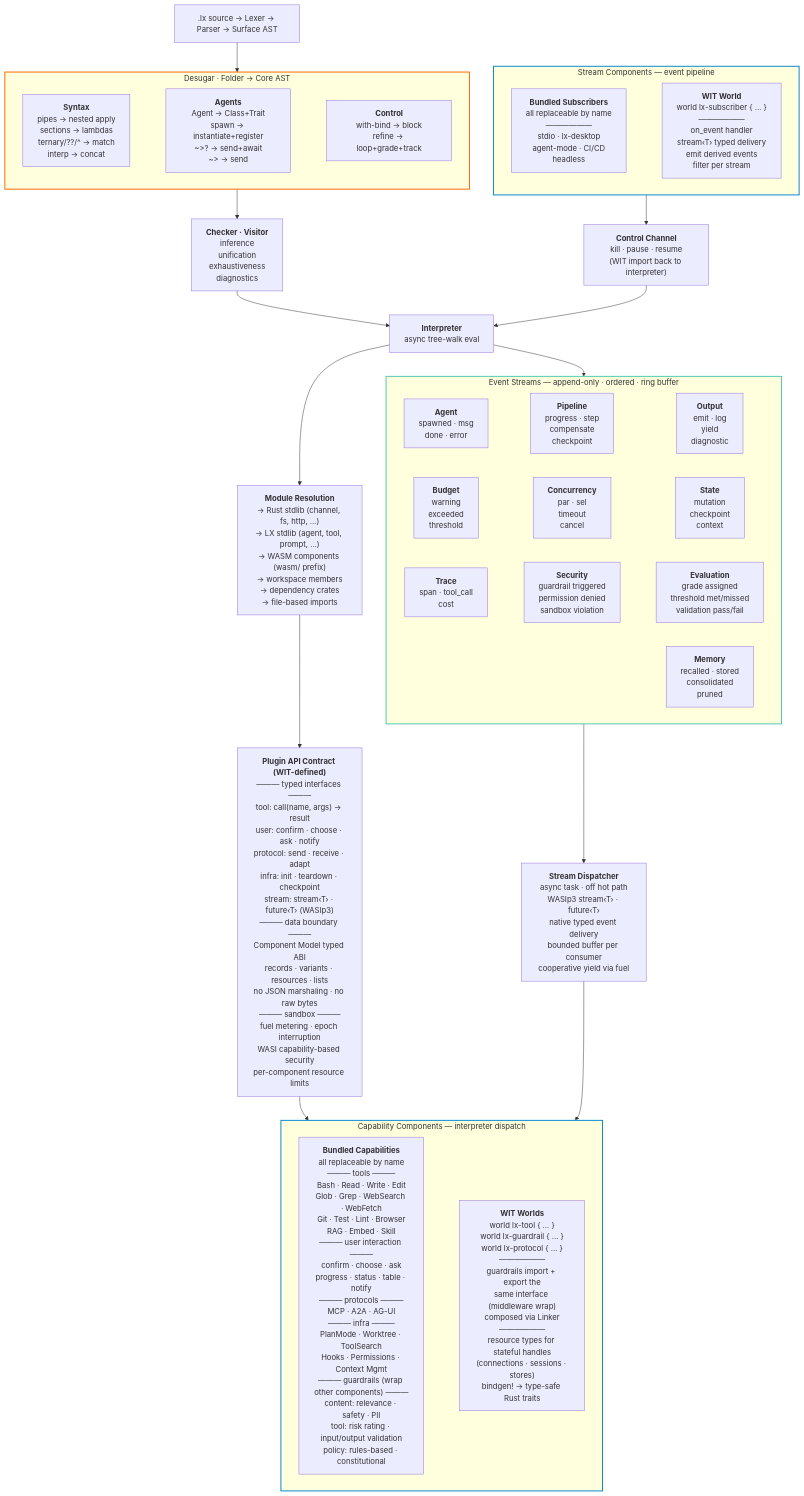
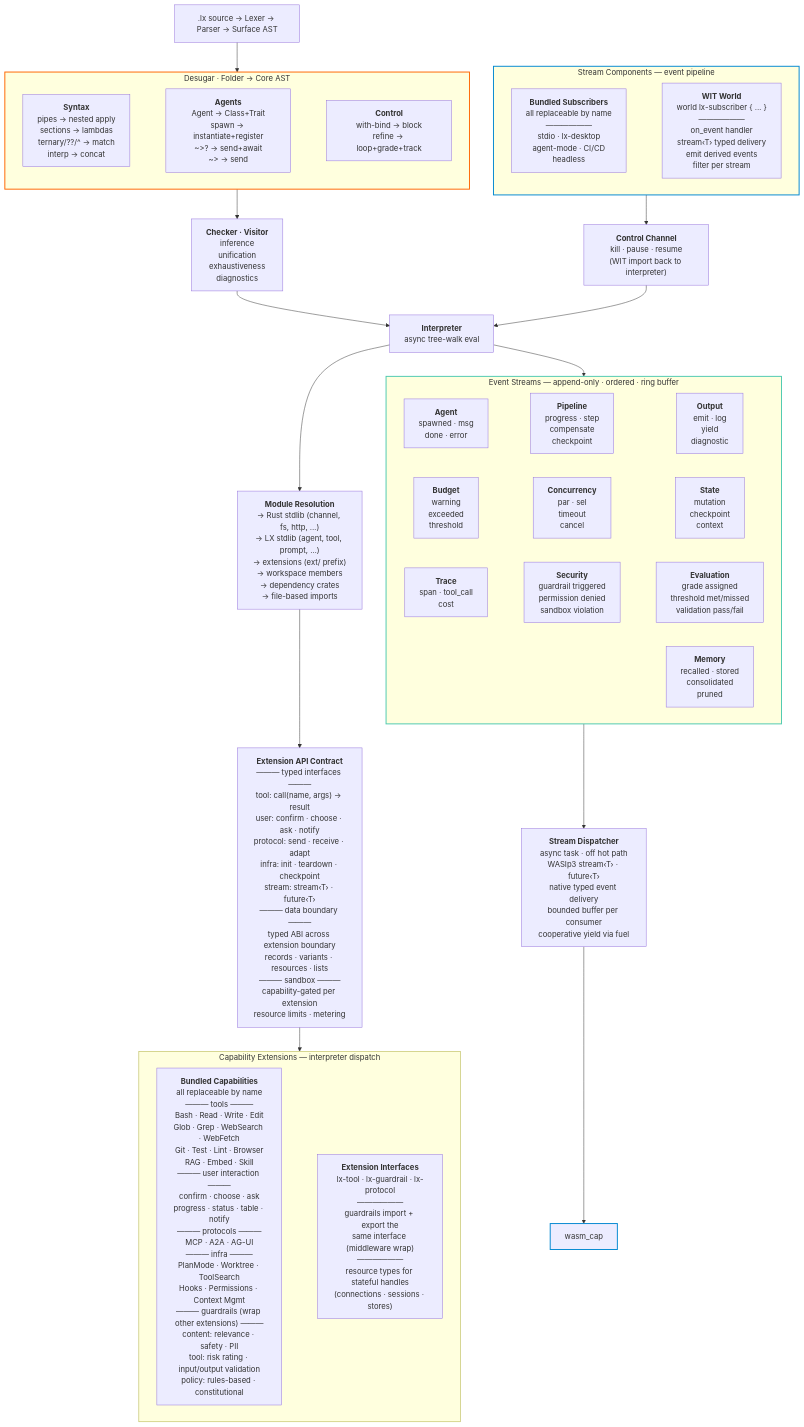
The diagram in DIAGRAM.mmd (Distortedlogic/lx), drawn with Mermaid before and after one commit. The commit also changed 3 other files, not shown here.

Commit message:
Update DIAGRAM.mmd, apply.rs, trait_apply.rs, and 1 more file

```diff
--- a/DIAGRAM.mmd
+++ b/DIAGRAM.mmd
@@ -1,175 +1,169 @@
 graph TD
     parse[".lx source → Lexer → Parser → Surface AST"]:::orange
     parse --> desugars
 
     subgraph desugars ["Desugar · Folder → Core AST"]
         direction LR
         ds_syntax["`**Syntax**
 pipes → nested apply
 sections → lambdas
 ternary/??/^ → match
 interp → concat`"]:::orange
         ds_agents["`**Agents**
 Agent → Class+Trait
 spawn → instantiate+register
 ~>? → send+await
 ~> → send`"]:::orange
         ds_control["`**Control**
 with-bind → block
 refine → loop+grade+track`"]:::orange
         ds_syntax ~~~ ds_agents ~~~ ds_control
     end
 
     desugars --> checker["`**Checker · Visitor**
 inference
 unification
 exhaustiveness
 diagnostics`"]:::yellow
     checker --> interpreter["`**Interpreter**
 async tree-walk eval`"]:::purple
 
     interpreter --> resolve["`**Module Resolution**
 → Rust stdlib (channel, fs, http, …)
 → LX stdlib (agent, tool, prompt, …)
-→ WASM components (wasm/ prefix)
+→ extensions (ext/ prefix)
 → workspace members
 → dependency crates
 → file-based imports`"]:::purple
 
-    resolve --> api["`**Plugin API Contract (WIT-defined)**
+    resolve --> api["`**Extension API Contract**
 ——— typed interfaces ———
 tool: call(name, args) → result
 user: confirm · choose · ask · notify
 protocol: send · receive · adapt
 infra: init · teardown · checkpoint
-stream: stream‹T› · future‹T› (WASIp3)
+stream: stream‹T› · future‹T›
 ——— data boundary ———
-Component Model typed ABI
+typed ABI across extension boundary
 records · variants · resources · lists
-no JSON marshaling · no raw bytes
 ——— sandbox ———
-fuel metering · epoch interruption
-WASI capability-based security
-per-component resource limits`"]:::blue
+capability-gated per extension
+resource limits · metering`"]:::blue
 
     interpreter --> events
 
-    api --> wasm_cap
+    api --> ext_cap
 
-    subgraph wasm_cap ["Capability Components — interpreter dispatch"]
+    subgraph ext_cap ["Capability Extensions — interpreter dispatch"]
         direction LR
         cap_bundled["`**Bundled Capabilities**
 all replaceable by name
 ——— tools ———
 Bash · Read · Write · Edit
 Glob · Grep · WebSearch · WebFetch
 Git · Test · Lint · Browser
 RAG · Embed · Skill
 ——— user interaction ———
 confirm · choose · ask
 progress · status · table · notify
 ——— protocols ———
 MCP · A2A · AG-UI
 ——— infra ———
 PlanMode · Worktree · ToolSearch
 Hooks · Permissions · Context Mgmt
-——— guardrails (wrap other components) ———
+——— guardrails (wrap other extensions) ———
 content: relevance · safety · PII
 tool: risk rating · input/output validation
 policy: rules-based · constitutional`"]:::blue
-        cap_wit["`**WIT Worlds**
-world lx-tool { … }
-world lx-guardrail { … }
-world lx-protocol { … }
+        cap_iface["`**Extension Interfaces**
+lx-tool · lx-guardrail · lx-protocol
 ——————
 guardrails import + export the
 same interface (middleware wrap)
-composed via Linker
 ——————
 resource types for stateful handles
-(connections · sessions · stores)
-bindgen! → type-safe Rust traits`"]:::blue
-        cap_bundled ~~~ cap_wit
+(connections · sessions · stores)`"]:::blue
+        cap_bundled ~~~ cap_iface
     end
 
     subgraph events ["Event Streams — append-only · ordered · ring buffer"]
         direction LR
         evt_agent["`**Agent**
 spawned · msg
 done · error`"]:::teal
         evt_pipeline["`**Pipeline**
 progress · step
 compensate
 checkpoint`"]:::teal
         evt_output["`**Output**
 emit · log
 yield
 diagnostic`"]:::teal
         evt_budget["`**Budget**
 warning
 exceeded
 threshold`"]:::teal
         evt_concurrency["`**Concurrency**
 par · sel
 timeout
 cancel`"]:::teal
         evt_state["`**State**
 mutation
 checkpoint
 context`"]:::teal
         evt_trace["`**Trace**
 span · tool_call
 cost`"]:::teal
         evt_security["`**Security**
 guardrail triggered
 permission denied
 sandbox violation`"]:::teal
         evt_eval["`**Evaluation**
 grade assigned
 threshold met/missed
 validation pass/fail`"]:::teal
         evt_memory["`**Memory**
 recalled · stored
 consolidated
 pruned`"]:::teal
         evt_agent ~~~ evt_pipeline ~~~ evt_output
         evt_budget ~~~ evt_concurrency ~~~ evt_state
         evt_trace ~~~ evt_security ~~~ evt_eval
     end
 
     events --> dispatch["`**Stream Dispatcher**
 async task · off hot path
 WASIp3 stream‹T› · future‹T›
 native typed event delivery
 bounded buffer per consumer
 cooperative yield via fuel`"]:::teal
 
     dispatch --> wasm_cap
 
     subgraph wasm_stream ["Stream Components — event pipeline"]
         direction LR
         stream_bundled["`**Bundled Subscribers**
 all replaceable by name
 ——————
 stdio · lx-desktop
 agent-mode · CI/CD
 headless`"]:::blue
         stream_wit["`**WIT World**
 world lx-subscriber { … }
 ——————
 on_event handler
 stream‹T› typed delivery
 emit derived events
 filter per stream`"]:::blue
         stream_bundled ~~~ stream_wit
     end
 
     wasm_stream --> control["`**Control Channel**
 kill · pause · resume
 (WIT import back to interpreter)`"]:::teal
     control --> interpreter
 
     style desugars stroke:#ff6600,stroke-width:2px
     style events stroke:#4ec9b0,stroke-width:2px
     style wasm_cap stroke:#0288d1,stroke-width:2px
     style wasm_stream stroke:#0288d1,stroke-width:2px
```
